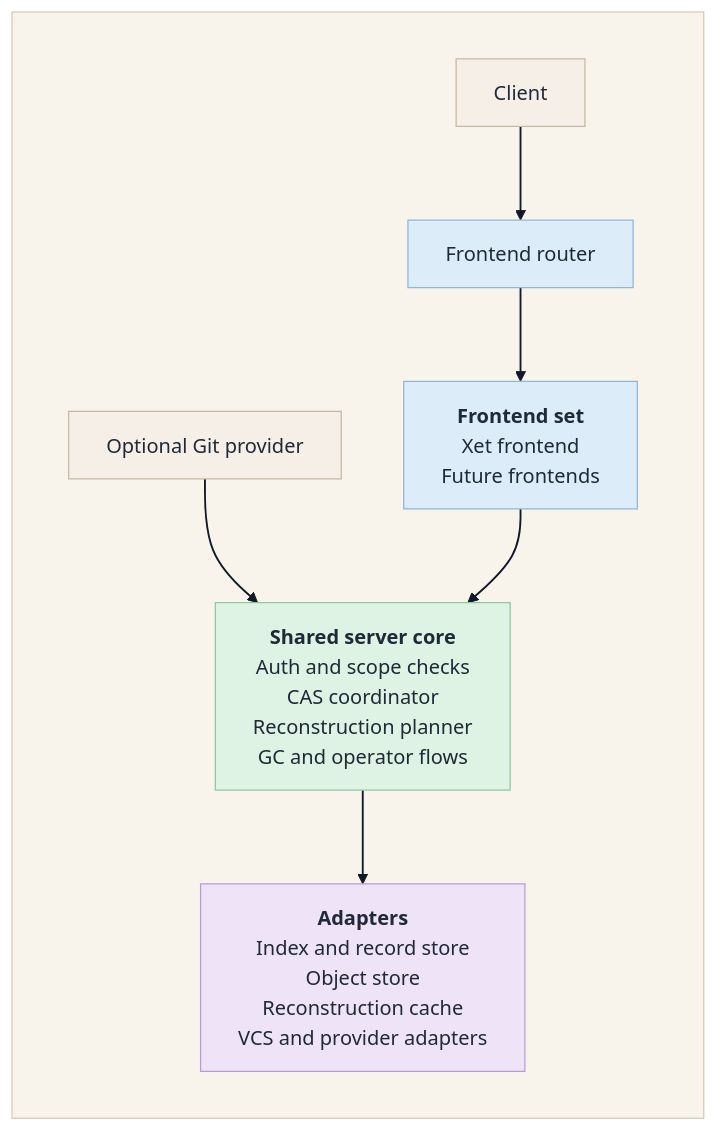
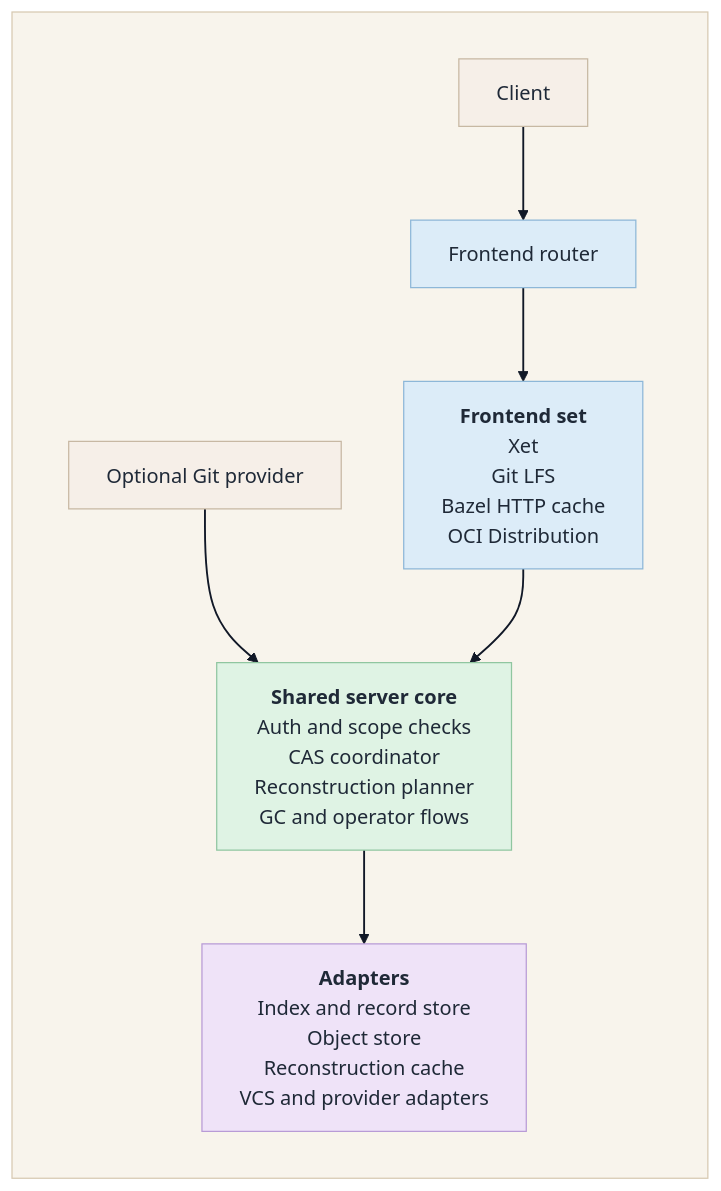
Before and after one commit to STEXS-Technologies/shardline: the first of 2 diagrams in README.md, drawn with Mermaid. The commit also changed other lines of this file and 87 other files, not shown here.

````diff
--- a/README.md
+++ b/README.md
@@ -68,29 +69,29 @@
 ```mermaid
 flowchart TD
   subgraph Canvas[ ]
     direction TD
     Client[Client]
     Provider[Optional Git provider]
     Router[Frontend router]
-    Frontends["<b>Frontend set</b><br/>Xet frontend<br/>Future frontends"]
+    Frontends["<b>Frontend set</b><br/>Xet<br/>Git LFS<br/>Bazel HTTP cache<br/>OCI Distribution"]
     Core["<b>Shared server core</b><br/>Auth and scope checks<br/>CAS coordinator<br/>Reconstruction planner<br/>GC and operator flows"]
     Adapters["<b>Adapters</b><br/>Index and record store<br/>Object store<br/>Reconstruction cache<br/>VCS and provider adapters"]
   end
 
   Client --> Router
   Provider --> Core
   Router --> Frontends
   Frontends --> Core
   Core --> Adapters
 
   classDef neutral fill:#f6efe8,stroke:#c7b8a3,color:#1f2937;
   classDef frontend fill:#dcecf8,stroke:#8db7d8,color:#1f2937;
   classDef core fill:#dff3e4,stroke:#90c6a0,color:#1f2937;
   classDef adapter fill:#efe3f8,stroke:#b89bd6,color:#1f2937;
   style Canvas fill:#f8f4ec,stroke:#d7c9b2,color:#1f2937;
   class Client,Provider neutral;
   class Router,Frontends frontend;
   class Core core;
   class Adapters adapter;
   linkStyle default stroke:#111827,stroke-width:1.5px;
 ```
````
